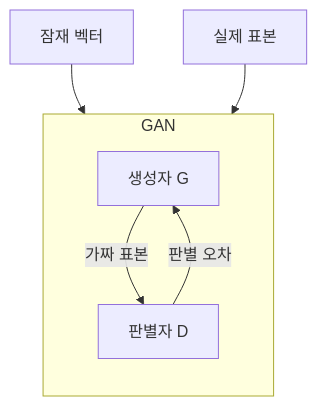
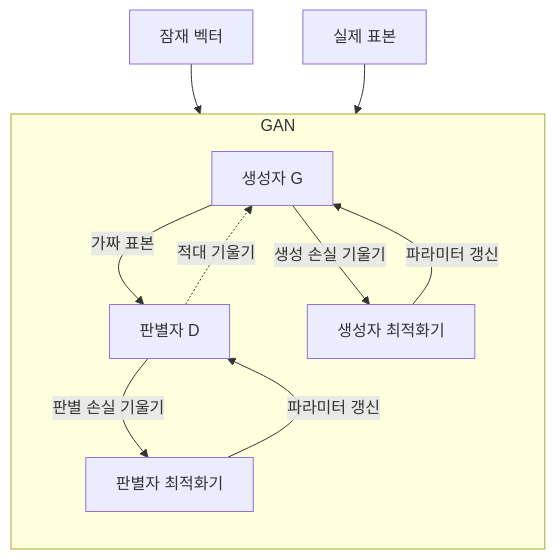
The first of 2 diagrams in src/content/docs/notes/01-basic-theory/046_gan.md (agnusdei1207/knowledge-base), drawn with Mermaid before and after one commit. The commit also changed other lines of this file and 19 other files, not shown here.

````diff
--- a/src/content/docs/notes/01-basic-theory/046_gan.md
+++ b/src/content/docs/notes/01-basic-theory/046_gan.md
@@ -66,14 +69,20 @@
 ```mermaid
 flowchart TB
     Z[잠재 벡터]
     X[실제 표본]
     subgraph N[GAN]
         direction TB
         G["생성자 G"]
         D["판별자 D"]
+        OG["생성자 최적화기"]
+        OD["판별자 최적화기"]
         G -->|가짜 표본| D
-        D -->|판별 오차| G
+        D -.->|적대 기울기| G
+        D -->|판별 손실 기울기| OD
+        OD -->|파라미터 갱신| D
+        G -->|생성 손실 기울기| OG
+        OG -->|파라미터 갱신| G
     end
     Z --> G
     X --> D
 ```
````
